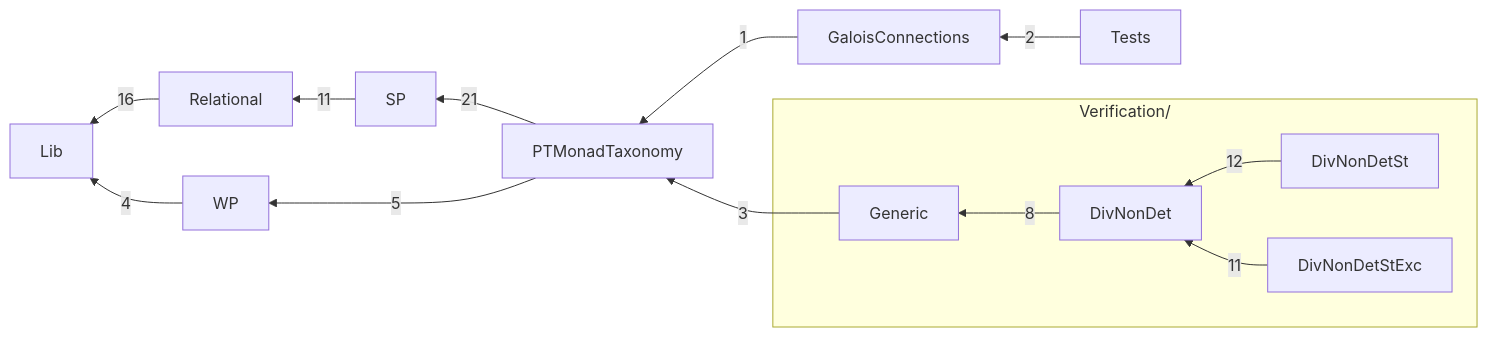
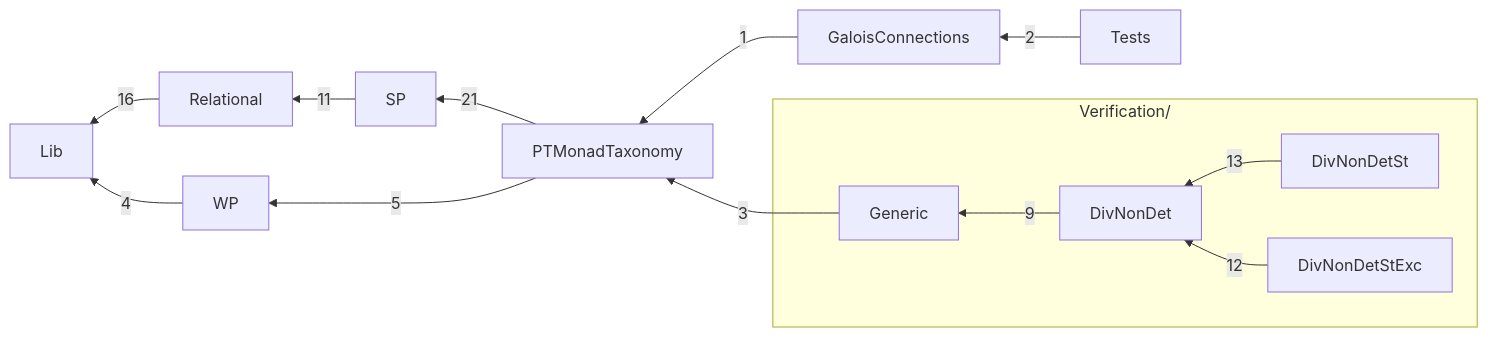
The diagram in Code/README.md (lastland/SpecMonad), drawn with Mermaid before and after one commit. The commit also changed other lines of this file and 4 other files, not shown here.

````diff
--- a/Code/README.md
+++ b/Code/README.md
@@ -51,20 +52,20 @@
 ```mermaid
 flowchart RL
   subgraph Verification[Verification/]
     Verification_DivNonDet[DivNonDet]
     Verification_DivNonDetSt[DivNonDetSt]
     Verification_DivNonDetStExc[DivNonDetStExc]
     Verification_Generic[Generic]
   end
   GaloisConnections[GaloisConnections] -->|1| PTMonadTaxonomy[PTMonadTaxonomy]
   PTMonadTaxonomy[PTMonadTaxonomy] -->|21| SP[SP]
   PTMonadTaxonomy[PTMonadTaxonomy] -->|5| WP[WP]
   Relational[Relational] -->|16| Lib[Lib]
   SP[SP] -->|11| Relational[Relational]
   Tests[Tests] -->|2| GaloisConnections[GaloisConnections]
-  Verification_DivNonDet -->|8| Verification_Generic
-  Verification_DivNonDetSt -->|12| Verification_DivNonDet
-  Verification_DivNonDetStExc -->|11| Verification_DivNonDet
+  Verification_DivNonDet -->|9| Verification_Generic
+  Verification_DivNonDetSt -->|13| Verification_DivNonDet
+  Verification_DivNonDetStExc -->|12| Verification_DivNonDet
   Verification_Generic -->|3| PTMonadTaxonomy[PTMonadTaxonomy]
   WP[WP] -->|4| Lib[Lib]
 ```
````
